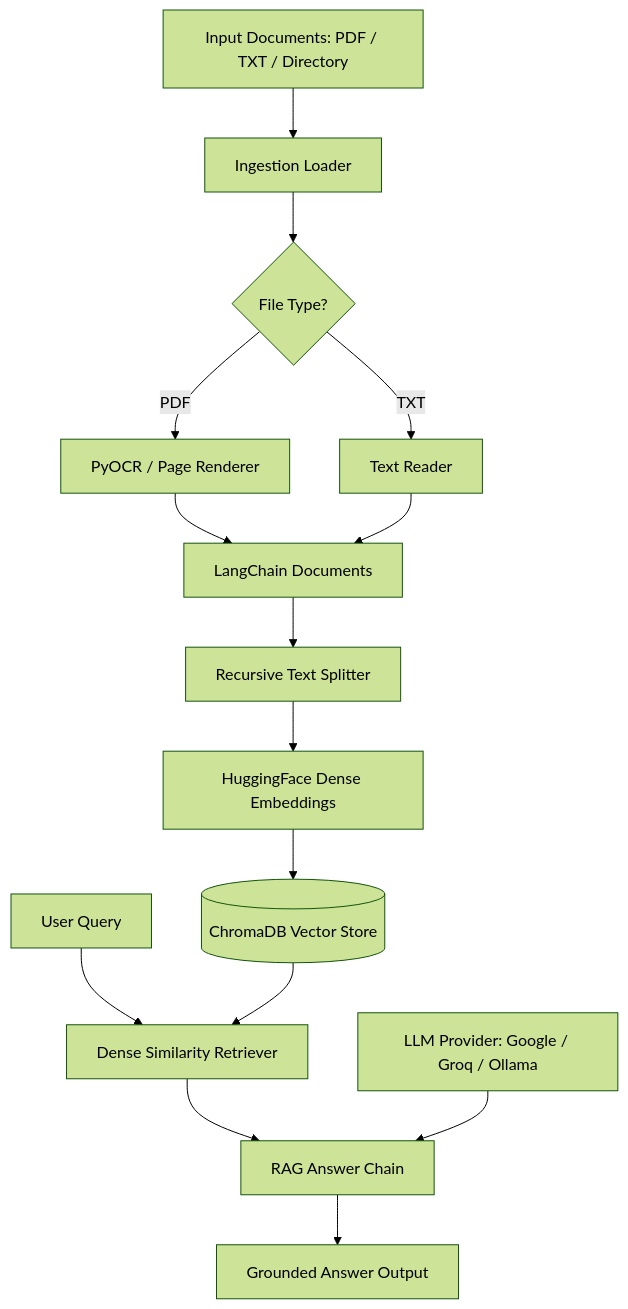
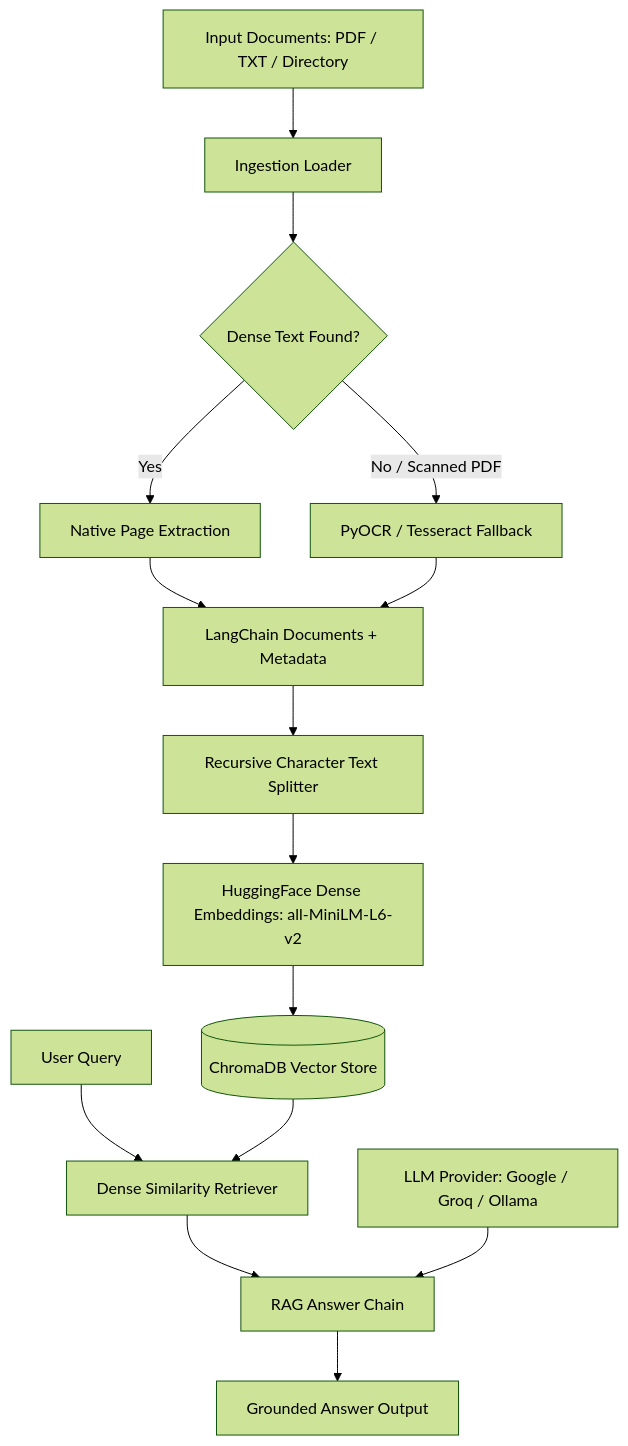
Before and after one commit to mubashir-sohail-dev/omnirag: the diagram in README.md, drawn with Mermaid (forest theme). The commit also changed other lines of this file and 5 other files, not shown here.

````diff
--- a/README.md
+++ b/README.md
@@ -29,18 +32,18 @@
 ```mermaid
 flowchart TD
     A[Input Documents: PDF / TXT / Directory] --> B[Ingestion Loader]
-    B --> C{File Type?}
-    C -->|PDF| D[PyOCR / Page Renderer]
-    C -->|TXT| E[Text Reader]
-    D --> F[LangChain Documents]
+    B --> C{Dense Text Found?}
+    C -->|Yes| D[Native Page Extraction]
+    C -->|No / Scanned PDF| E[PyOCR / Tesseract Fallback]
+    D --> F[LangChain Documents + Metadata]
     E --> F
-    F --> G[Recursive Text Splitter]
-    G --> H[HuggingFace Dense Embeddings]
+    F --> G[Recursive Character Text Splitter]
+    G --> H[HuggingFace Dense Embeddings: all-MiniLM-L6-v2]
     H --> I[(ChromaDB Vector Store)]
     
     J[User Query] --> K[Dense Similarity Retriever]
     I --> K
     K --> L[RAG Answer Chain]
     M[LLM Provider: Google / Groq / Ollama] --> L
     L --> N[Grounded Answer Output]
 ```
````
